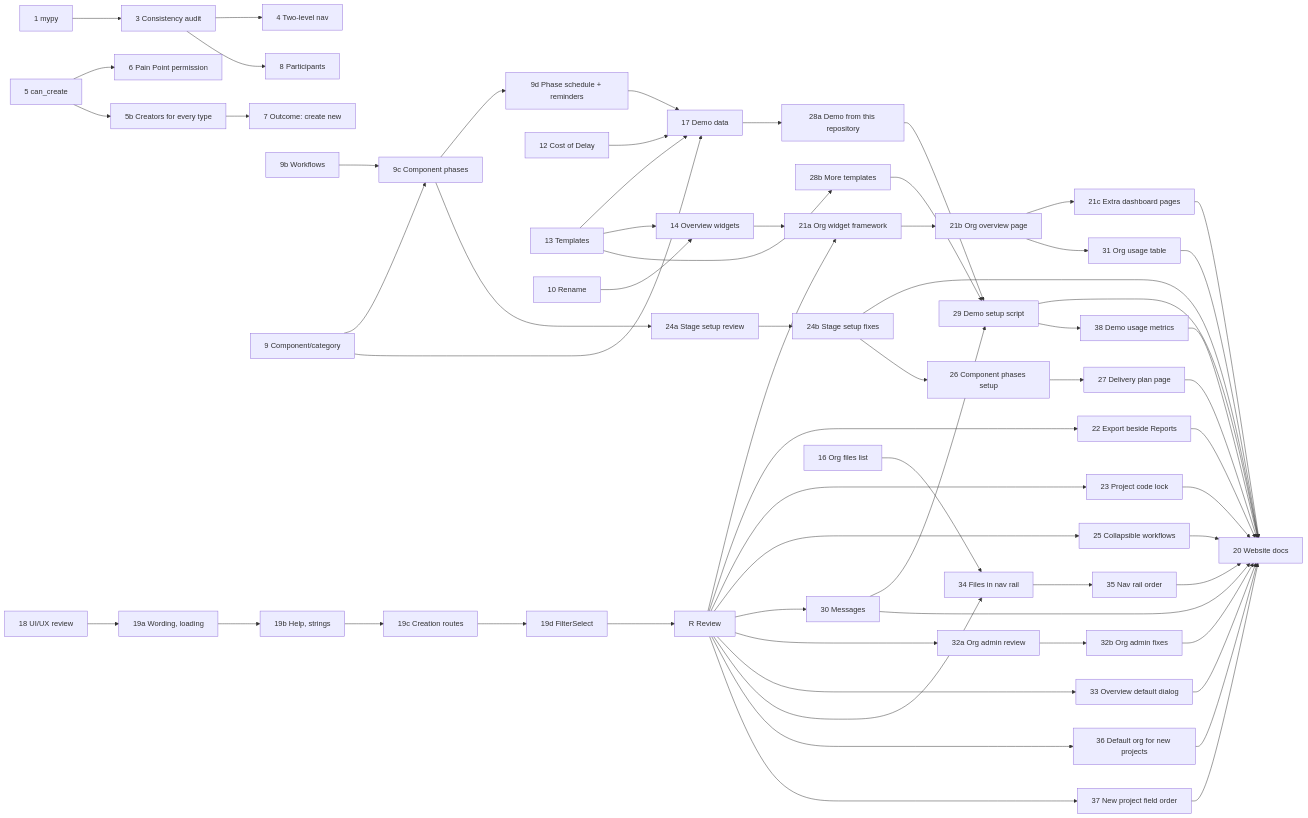
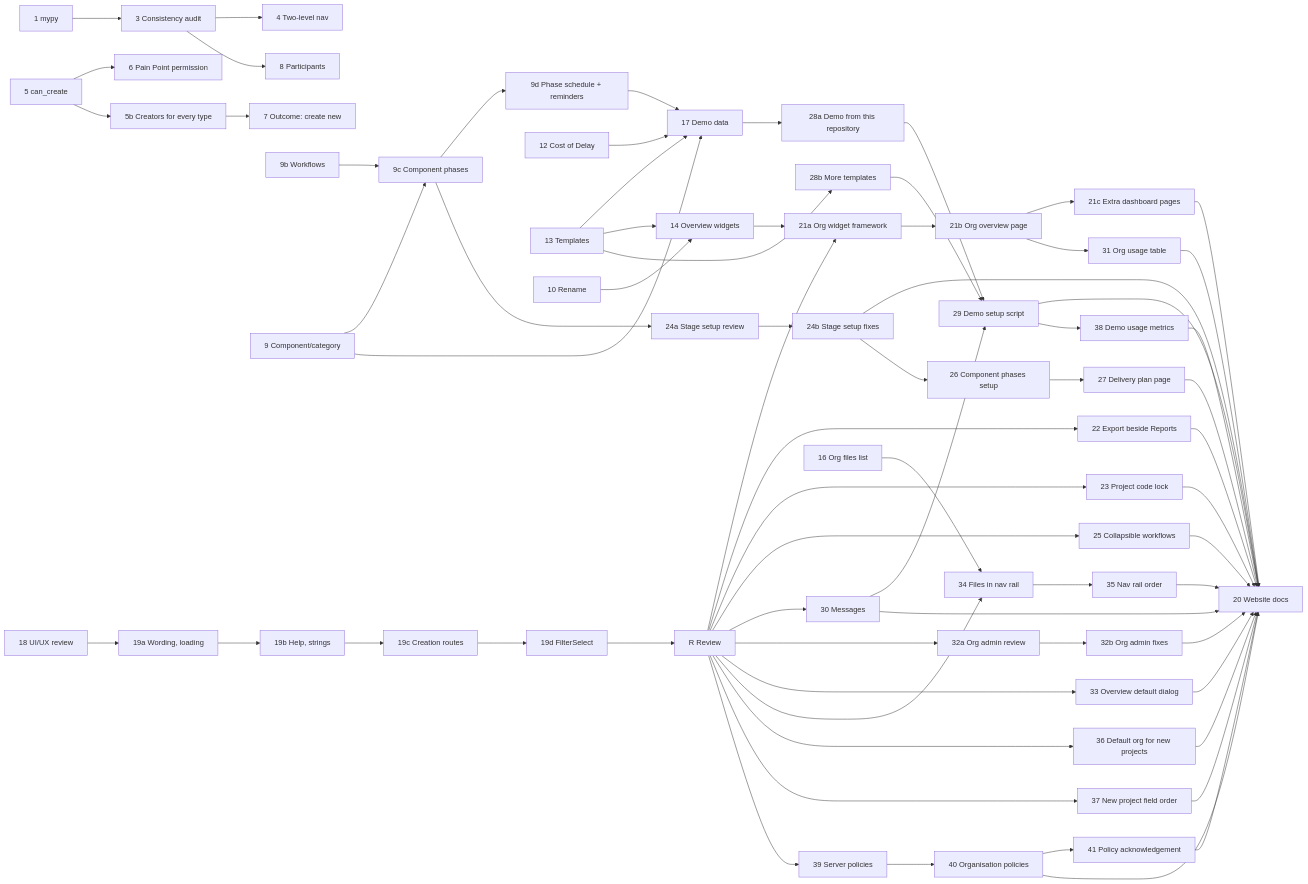
One commit to ballardr/reqtrackmanager changed the diagram in docs/plans/platform-review-2026-11-plan.md. Above: the diagram before and after it, drawn with Mermaid. The commit also changed other lines of this file and 9 other files, not shown here.

````diff
--- a/docs/plans/platform-review-2026-11-plan.md
+++ b/docs/plans/platform-review-2026-11-plan.md
@@ -66,65 +69,70 @@
 ```mermaid
 flowchart LR
     P1["1 mypy"] --> P3["3 Consistency audit"]
     P3 --> P4["4 Two-level nav"]
     P5["5 can_create"] --> P6["6 Pain Point permission"]
     P5 --> P5b["5b Creators for every type"]
     P5b --> P7["7 Outcome: create new"]
     P3 --> P8["8 Participants"]
     P9b["9b Workflows"] --> P9c["9c Component phases"]
     P9["9 Component/category"] --> P9c
     P9 --> P17["17 Demo data"]
     P9c --> P9d["9d Phase schedule + reminders"]
     P9d --> P17
     P12["12 Cost of Delay"] --> P17
     P13["13 Templates"] --> P17
     P10["10 Rename"] --> P14["14 Overview widgets"]
     P13 --> P14
     P18["18 UI/UX review"] --> P19a["19a Wording, loading"]
     P19a --> P19b["19b Help, strings"]
     P19b --> P19c["19c Creation routes"]
     P19c --> P19d["19d FilterSelect"]
     P19d --> PR["R Review"]
     PR --> P21a["21a Org widget framework"]
     P14["14 Overview widgets"] --> P21a
     P21a --> P21b["21b Org overview page"]
     P21b --> P21c["21c Extra dashboard pages"]
     PR --> P22["22 Export beside Reports"]
     PR --> P23["23 Project code lock"]
     P9c["9c Component phases"] --> P24a["24a Stage setup review"]
     P24a --> P24b["24b Stage setup fixes"]
     P21c --> P20["20 Website docs"]
     P22 --> P20
     P23 --> P20
     P24b --> P20
     PR --> P25["25 Collapsible workflows"]
     P24b --> P26["26 Component phases setup"]
     P26 --> P27["27 Delivery plan page"]
     P17["17 Demo data"] --> P28a["28a Demo from this repository"]
     P13["13 Templates"] --> P28b["28b More templates"]
     P28a --> P29["29 Demo setup script"]
     P28b --> P29
     P30["30 Messages"] --> P29
     PR --> P30
     P21b --> P31["31 Org usage table"]
     PR --> P32a["32a Org admin review"]
     P32a --> P32b["32b Org admin fixes"]
     P25 --> P20
     P27 --> P20
     P29 --> P20
     P30 --> P20
     P31 --> P20
     P32b --> P20
     P16["16 Org files list"] --> P34["34 Files in nav rail"]
     PR --> P33["33 Overview default dialog"]
     PR --> P34
     P34 --> P35["35 Nav rail order"]
     P33 --> P20
     P35 --> P20
     PR --> P36["36 Default org for new projects"]
     P36 --> P20
     PR --> P37["37 New project field order"]
     P37 --> P20
     P29 --> P38["38 Demo usage metrics"]
     P38 --> P20
+    PR --> P39["39 Server policies"]
+    P39 --> P40["40 Organisation policies"]
+    P40 --> P41["41 Policy acknowledgement"]
+    P40 --> P20
+    P41 --> P20
 ```
````
